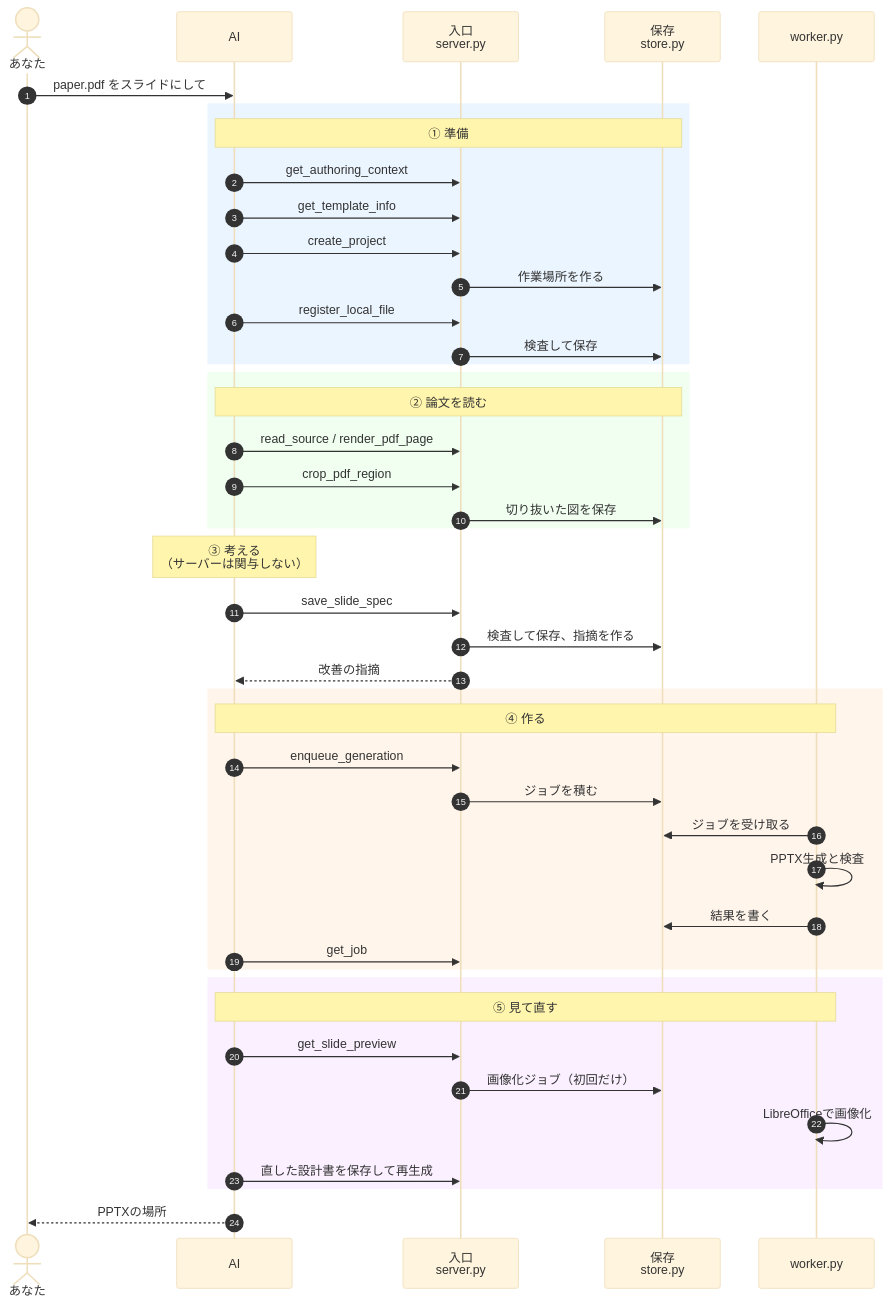
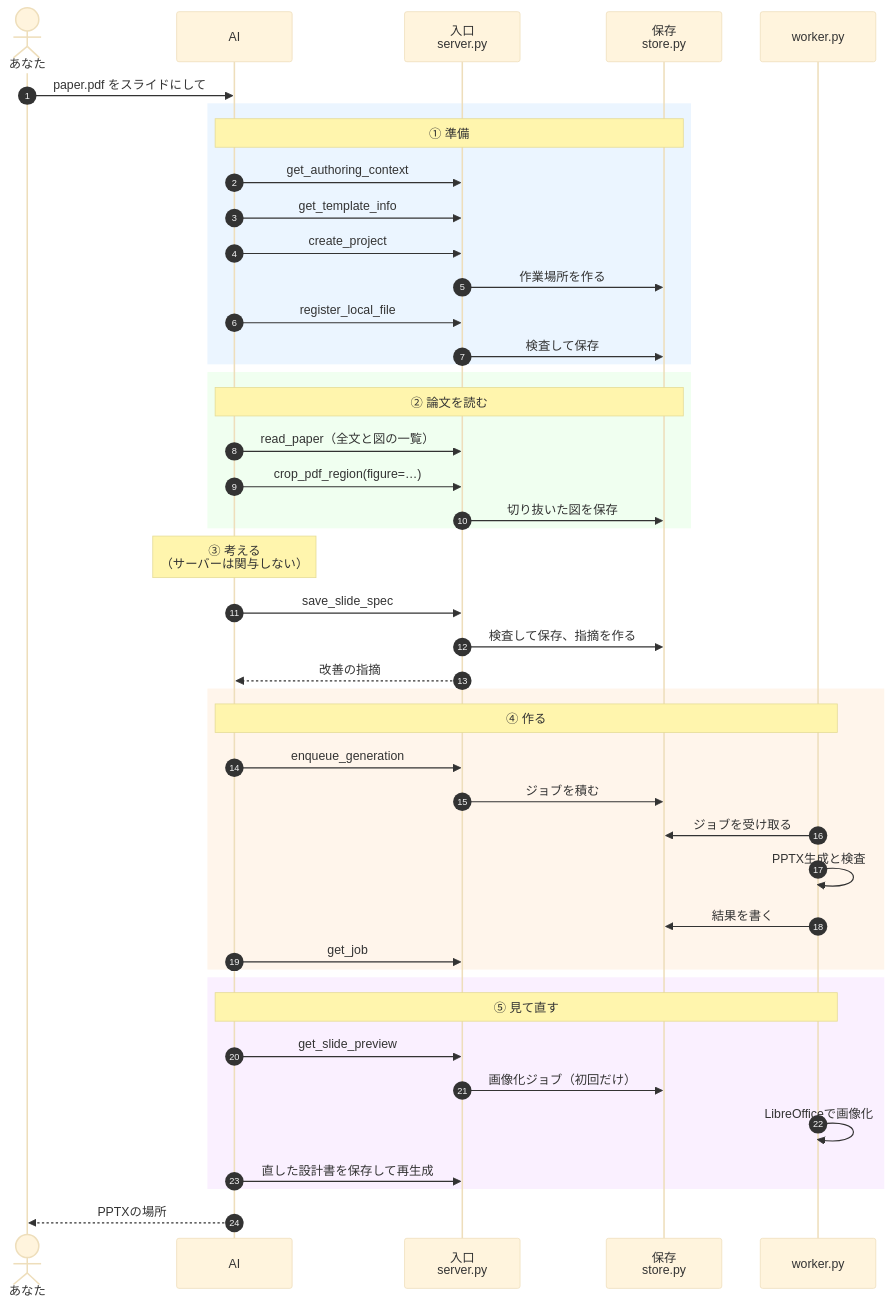
Before and after one commit to cercil0605/ResearchSlideAgent: the first of 2 diagrams in docs/01-flow.md, drawn with Mermaid (base theme). The commit also changed other lines of this file and 10 other files, not shown here.

First line of the commit message:
Add read_paper and crop figures by number

````diff
--- a/docs/01-flow.md
+++ b/docs/01-flow.md
@@ -19,47 +19,47 @@
 ```mermaid
 sequenceDiagram
     autonumber
     actor U as あなた
     participant L as AI
     participant M as 入口<br/>server.py
     participant S as 保存<br/>store.py
     participant W as worker.py
 
     U->>L: paper.pdf をスライドにして
     rect rgb(235, 245, 255)
     Note over L,S: ① 準備
     L->>M: get_authoring_context
     L->>M: get_template_info
     L->>M: create_project
     M->>S: 作業場所を作る
     L->>M: register_local_file
     M->>S: 検査して保存
     end
     rect rgb(240, 255, 240)
     Note over L,S: ② 論文を読む
-    L->>M: read_source / render_pdf_page
-    L->>M: crop_pdf_region
+    L->>M: read_paper（全文と図の一覧）
+    L->>M: crop_pdf_region(figure=…)
     M->>S: 切り抜いた図を保存
     end
     Note over L: ③ 考える<br/>（サーバーは関与しない）
     L->>M: save_slide_spec
     M->>S: 検査して保存、指摘を作る
     M-->>L: 改善の指摘
     rect rgb(255, 245, 235)
     Note over L,W: ④ 作る
     L->>M: enqueue_generation
     M->>S: ジョブを積む
     W->>S: ジョブを受け取る
     W->>W: PPTX生成と検査
     W->>S: 結果を書く
     L->>M: get_job
     end
     rect rgb(250, 240, 255)
     Note over L,W: ⑤ 見て直す
     L->>M: get_slide_preview
     M->>S: 画像化ジョブ（初回だけ）
     W->>W: LibreOfficeで画像化
     L->>M: 直した設計書を保存して再生成
     end
     L-->>U: PPTXの場所
 ```
````
